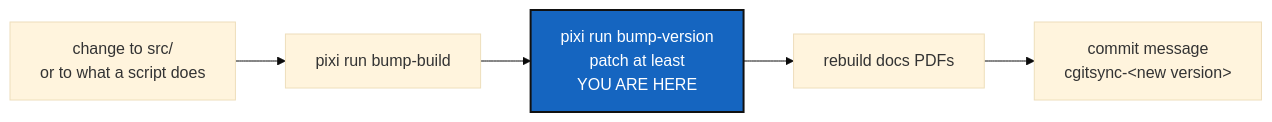
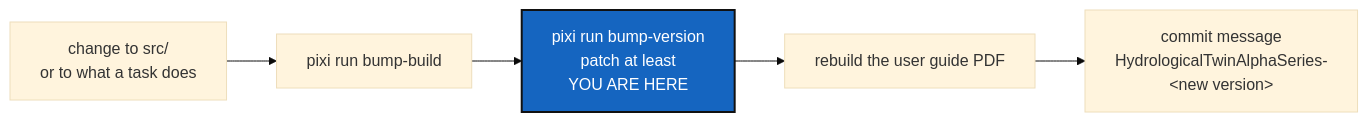
One commit to flipoyo/.dev changed the diagram in Versioning.md. Above: the diagram before and after it, drawn with Mermaid (base theme). The commit also changed other lines of this file and 336 other files, not shown here.

````diff
--- a/Versioning.md
+++ b/Versioning.md
@@ -35,10 +37,10 @@
 ```mermaid
 graph LR
-    C["change to src/<br/>or to what a script does"] --> B["pixi run bump-build"]
+    C["change to src/<br/>or to what a task does"] --> B["pixi run bump-build"]
     B --> V["pixi run bump-version<br/>patch at least<br/>YOU ARE HERE"]
-    V --> P["rebuild docs PDFs"]
-    P --> M["commit message<br/>cgitsync-&lt;new version&gt;"]
+    V --> P["rebuild the user guide PDF"]
+    P --> M["commit message<br/>HydrologicalTwinAlphaSeries-&lt;new version&gt;"]
 
     classDef here fill:#1565C0,color:#fff,stroke:#111,stroke-width:2px;
     class V here;
 ```
````
